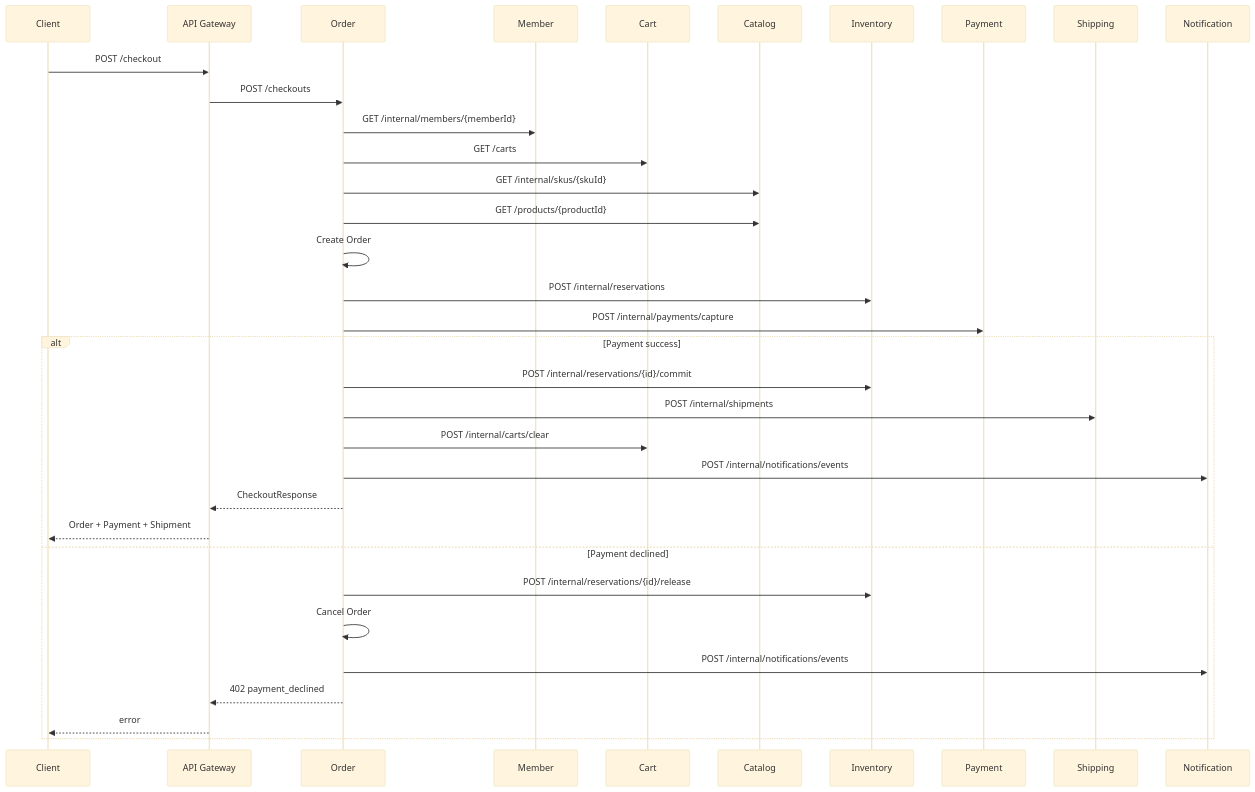
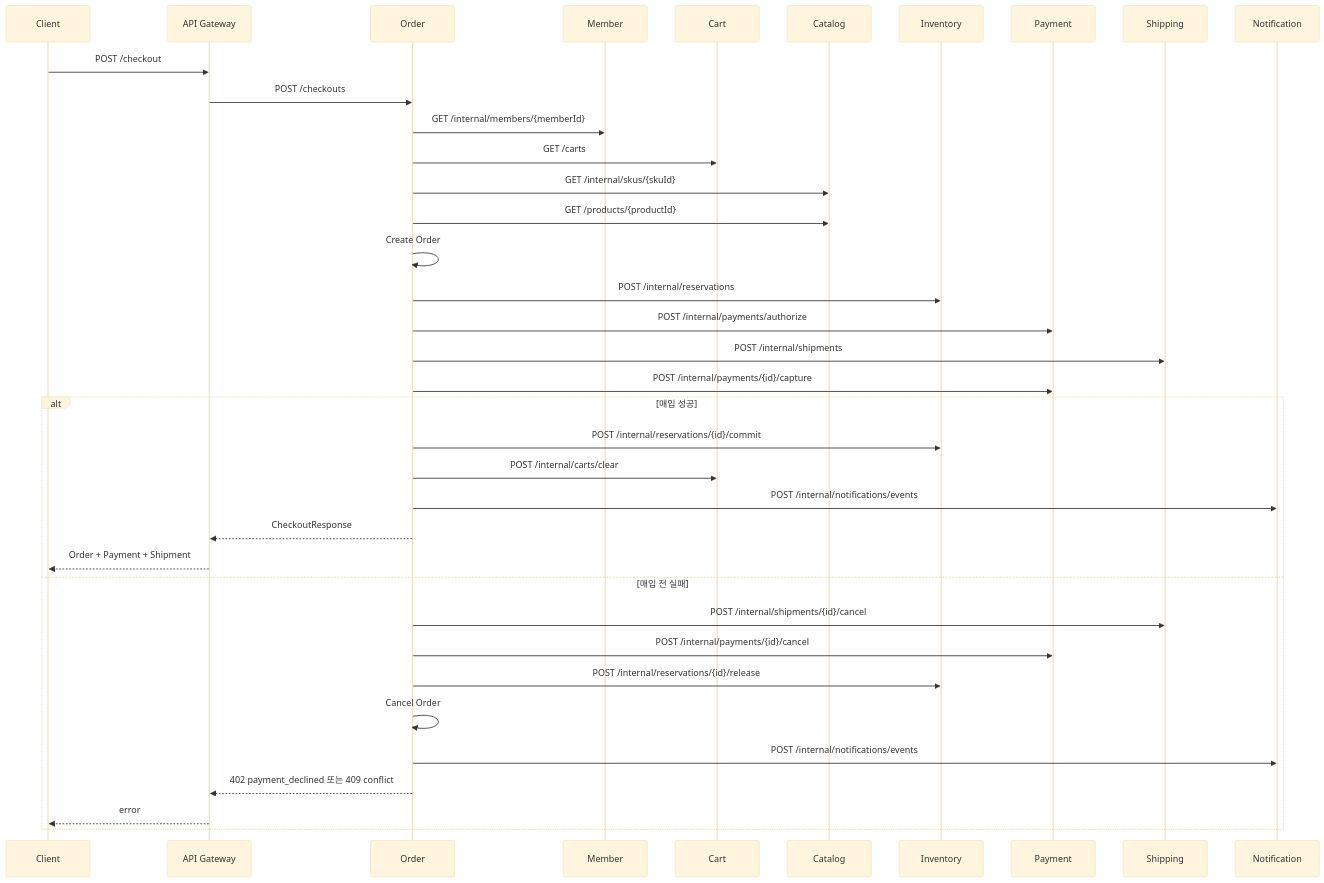
Before and after one commit to impati/commerce: the second of 2 diagrams in docs/architecture.md, drawn with Mermaid (base theme). The commit also changed other lines of this file and 12 other files, not shown here.

````diff
--- a/docs/architecture.md
+++ b/docs/architecture.md
@@ -39,37 +41,40 @@
 ```mermaid
 sequenceDiagram
     participant C as Client
     participant G as API Gateway
     participant O as Order
     participant M as Member
     participant Cart as Cart
     participant Cat as Catalog
     participant Inv as Inventory
     participant Pay as Payment
     participant Ship as Shipping
     participant N as Notification
 
     C->>G: POST /checkout
     G->>O: POST /checkouts
     O->>M: GET /internal/members/{memberId}
     O->>Cart: GET /carts
     O->>Cat: GET /internal/skus/{skuId}
     O->>Cat: GET /products/{productId}
     O->>O: Create Order
     O->>Inv: POST /internal/reservations
-    O->>Pay: POST /internal/payments/capture
-    alt Payment success
+    O->>Pay: POST /internal/payments/authorize
+    O->>Ship: POST /internal/shipments
+    O->>Pay: POST /internal/payments/{id}/capture
+    alt 매입 성공
         O->>Inv: POST /internal/reservations/{id}/commit
-        O->>Ship: POST /internal/shipments
         O->>Cart: POST /internal/carts/clear
         O->>N: POST /internal/notifications/events
         O-->>G: CheckoutResponse
         G-->>C: Order + Payment + Shipment
-    else Payment declined
+    else 매입 전 실패
+        O->>Ship: POST /internal/shipments/{id}/cancel
+        O->>Pay: POST /internal/payments/{id}/cancel
         O->>Inv: POST /internal/reservations/{id}/release
         O->>O: Cancel Order
         O->>N: POST /internal/notifications/events
-        O-->>G: 402 payment_declined
+        O-->>G: 402 payment_declined 또는 409 conflict
         G-->>C: error
     end
 ```
````
